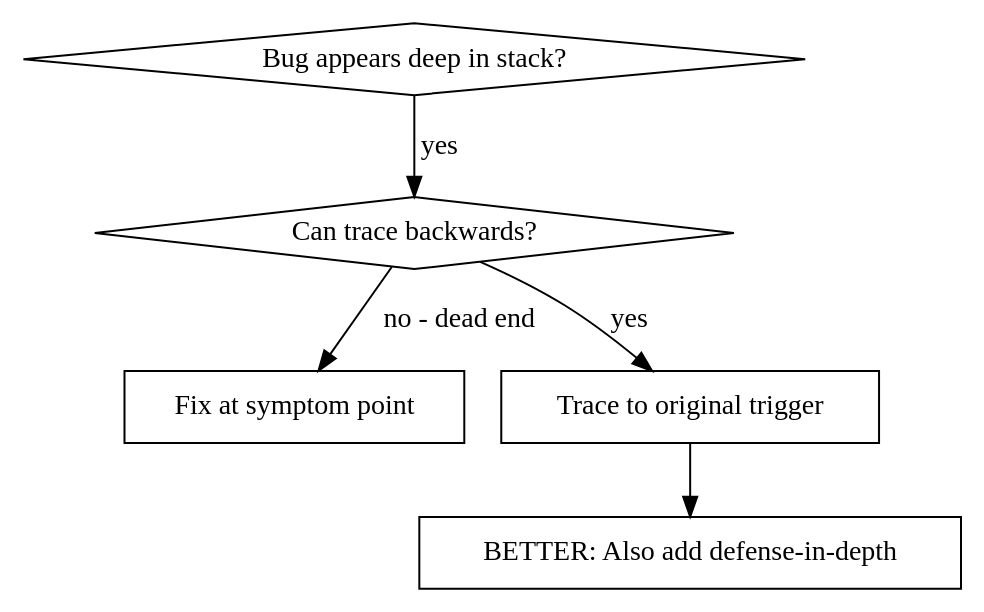
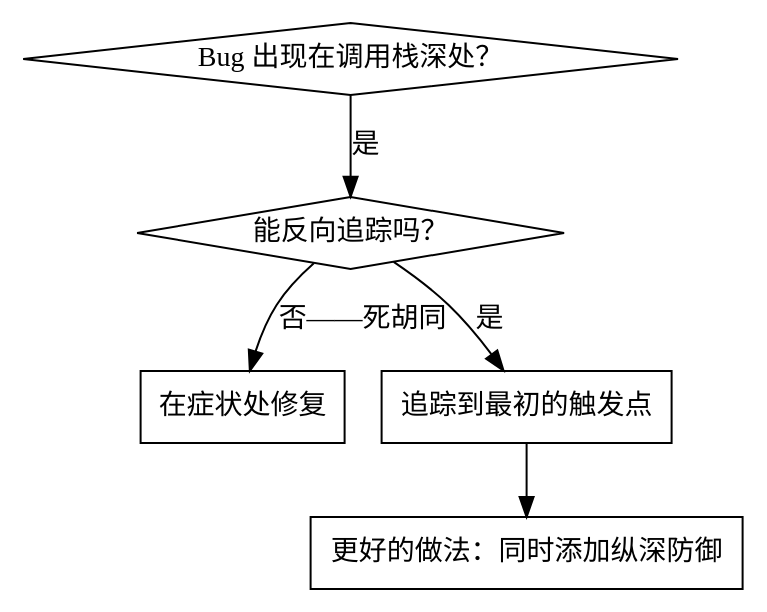
The first of 2 diagrams in .claude/skills/systematic-debugging/root-cause-tracing.md (zhaixin244-wq/fnw), drawn with Graphviz before and after one commit. The commit also changed other lines of this file and 2949 other files, not shown here.

````diff
--- a/.claude/skills/systematic-debugging/root-cause-tracing.md
+++ b/.claude/skills/systematic-debugging/root-cause-tracing.md
@@ -11,14 +11,14 @@
 ```dot
 digraph when_to_use {
-    "Bug appears deep in stack?" [shape=diamond];
-    "Can trace backwards?" [shape=diamond];
-    "Fix at symptom point" [shape=box];
-    "Trace to original trigger" [shape=box];
-    "BETTER: Also add defense-in-depth" [shape=box];
+    "Bug 出现在调用栈深处？" [shape=diamond];
+    "能反向追踪吗？" [shape=diamond];
+    "在症状处修复" [shape=box];
+    "追踪到最初的触发点" [shape=box];
+    "更好的做法：同时添加纵深防御" [shape=box];
 
-    "Bug appears deep in stack?" -> "Can trace backwards?" [label="yes"];
-    "Can trace backwards?" -> "Trace to original trigger" [label="yes"];
-    "Can trace backwards?" -> "Fix at symptom point" [label="no - dead end"];
-    "Trace to original trigger" -> "BETTER: Also add defense-in-depth";
+    "Bug 出现在调用栈深处？" -> "能反向追踪吗？" [label="是"];
+    "能反向追踪吗？" -> "追踪到最初的触发点" [label="是"];
+    "能反向追踪吗？" -> "在症状处修复" [label="否——死胡同"];
+    "追踪到最初的触发点" -> "更好的做法：同时添加纵深防御";
 }
 ```
````
